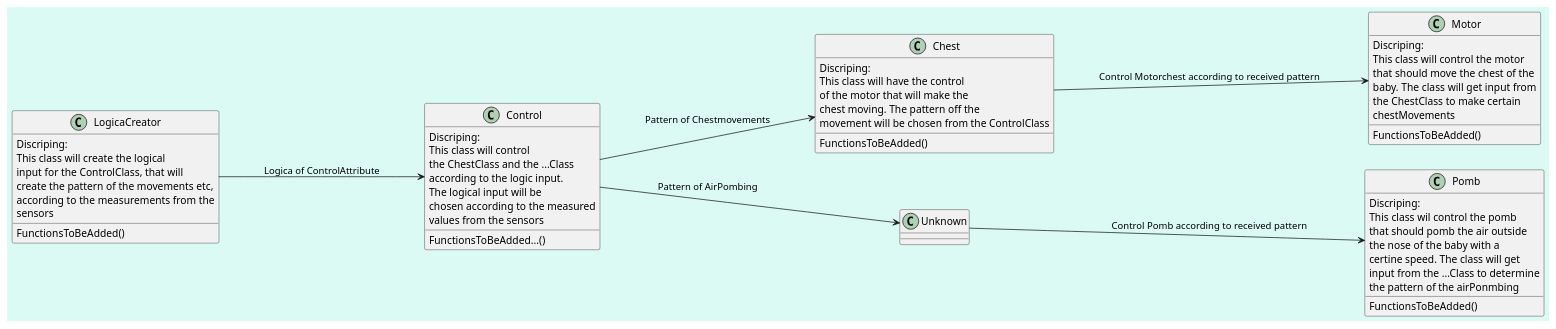
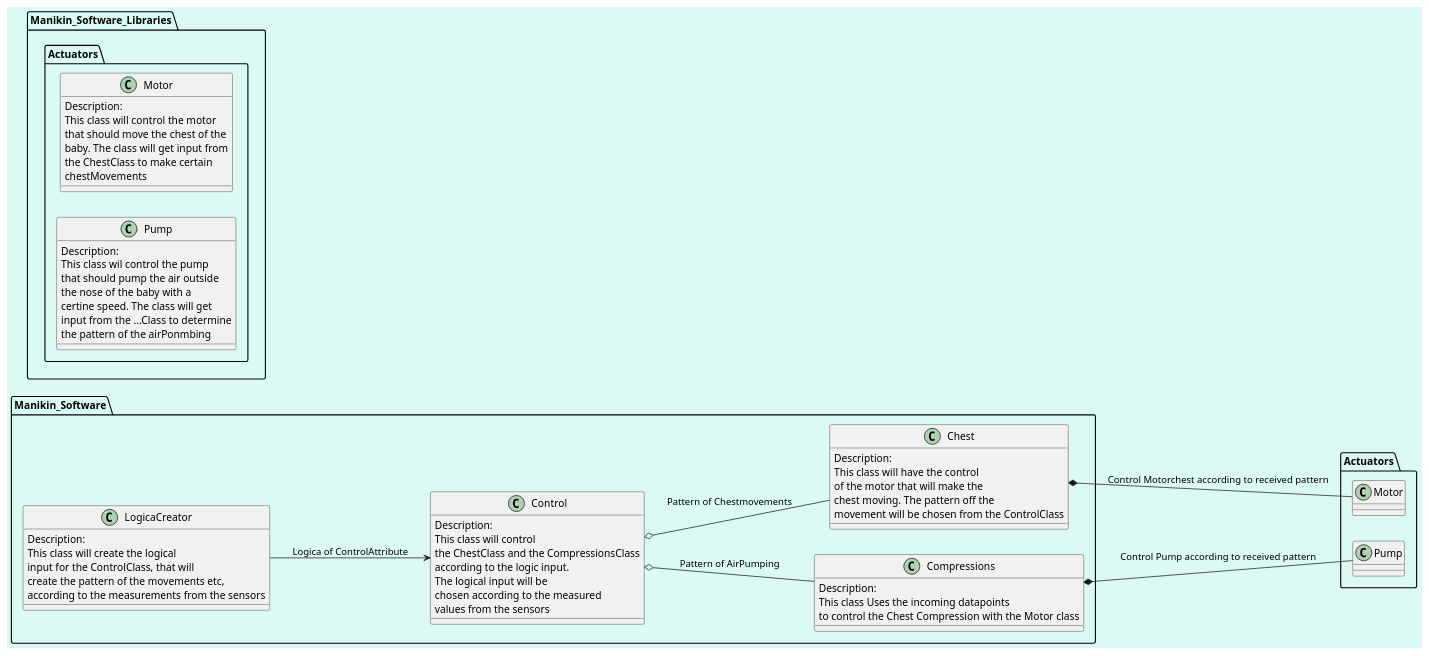
Before and after one commit to RobotPatient/Manikin_Software: the diagram in ActuatorHub-breathingModule/docs/ClassDiagram.puml, drawn with PlantUML.

Commit message:
-enh updated the class diagram

```diff
--- a/ActuatorHub-breathingModule/docs/ClassDiagram.puml
+++ b/ActuatorHub-breathingModule/docs/ClassDiagram.puml
@@ -1,68 +1,70 @@
 @startuml ClassDesign
 
 left to right direction
 
 skinparam backgroundColor #DAFAF3FF
 
-class LogicaCreator {
-    Discriping:
-    This class will create the logical
-    input for the ControlClass, that will 
-    create the pattern of the movements etc,
-    according to the measurements from the 
-    sensors
-    FunctionsToBeAdded()
+package Manikin_Software {
+    class LogicaCreator {
+        Description:
+        This class will create the logical
+        input for the ControlClass, that will 
+        create the pattern of the movements etc,
+        according to the measurements from the sensors
+    }
+
+    class Control {
+        Description:
+        This class will control
+        the ChestClass and the CompressionsClass
+        according to the logic input.
+        The logical input will be 
+        chosen according to the measured 
+        values from the sensors
+    }
+
+    class Chest {
+        Description:
+        This class will have the control
+        of the motor that will make the 
+        chest moving. The pattern off the
+        movement will be chosen from the ControlClass
+    }
+
+    class Compressions {
+        Description:
+        This class Uses the incoming datapoints
+        to control the Chest Compression with the Motor class
+    }
 }
 
-class Control {
-    Discriping:
-    This class will control
-    the ChestClass and the ...Class
-    according to the logic input.
-    The logical input will be 
-    chosen according to the measured 
-    values from the sensors
-    FunctionsToBeAdded...()
+package Manikin_Software_Libraries {
+    namespace Actuators {
+        class Motor {
+            Description:
+            This class will control the motor
+            that should move the chest of the
+            baby. The class will get input from
+            the ChestClass to make certain 
+            chestMovements
+        }
+
+        class Pump {
+            Description:
+            This class wil control the pump
+            that should pump the air outside 
+            the nose of the baby with a 
+            certine speed. The class will get
+            input from the ...Class to determine 
+            the pattern of the airPonmbing 
+        }
+    }
 }
 
-class Chest {
-    Discriping:
-    This class will have the control
-    of the motor that will make the 
-    chest moving. The pattern off the
-    movement will be chosen from the ControlClass
-    FunctionsToBeAdded()
-}
-
-class Unknown {
-
-}
-
-class Motor {
-    Discriping:
-    This class will control the motor
-    that should move the chest of the
-    baby. The class will get input from
-    the ChestClass to make certain 
-    chestMovements
-    FunctionsToBeAdded()
-}
-
-class Pomb {
-    Discriping:
-    This class wil control the pomb
-    that should pomb the air outside 
-    the nose of the baby with a 
-    certine speed. The class will get
-    input from the ...Class to determine 
-    the pattern of the airPonmbing 
-    FunctionsToBeAdded()
-}
-
-LogicaCreator ---> Control : Logica of ControlAttribute
-Control ---> Chest : Pattern of Chestmovements
-Control ---> Unknown : Pattern of AirPombing
-Chest   ---> Motor : Control Motorchest according to received pattern
-Unknown ---> Pomb : Control Pomb according to received pattern
+LogicaCreator --> Control : Logica of ControlAttribute
+Control o-- Chest : Pattern of Chestmovements
+Control o-- Compressions : Pattern of AirPumping
+Chest   *-- Actuators.Motor : Control Motorchest according to received pattern
+Compressions *-- Actuators.Pump : Control Pump according to received pattern
 
 @enduml
```
